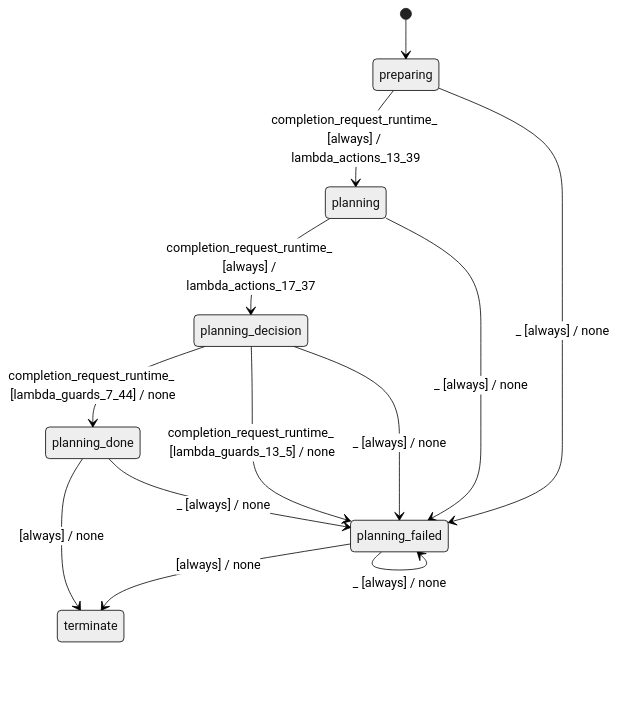
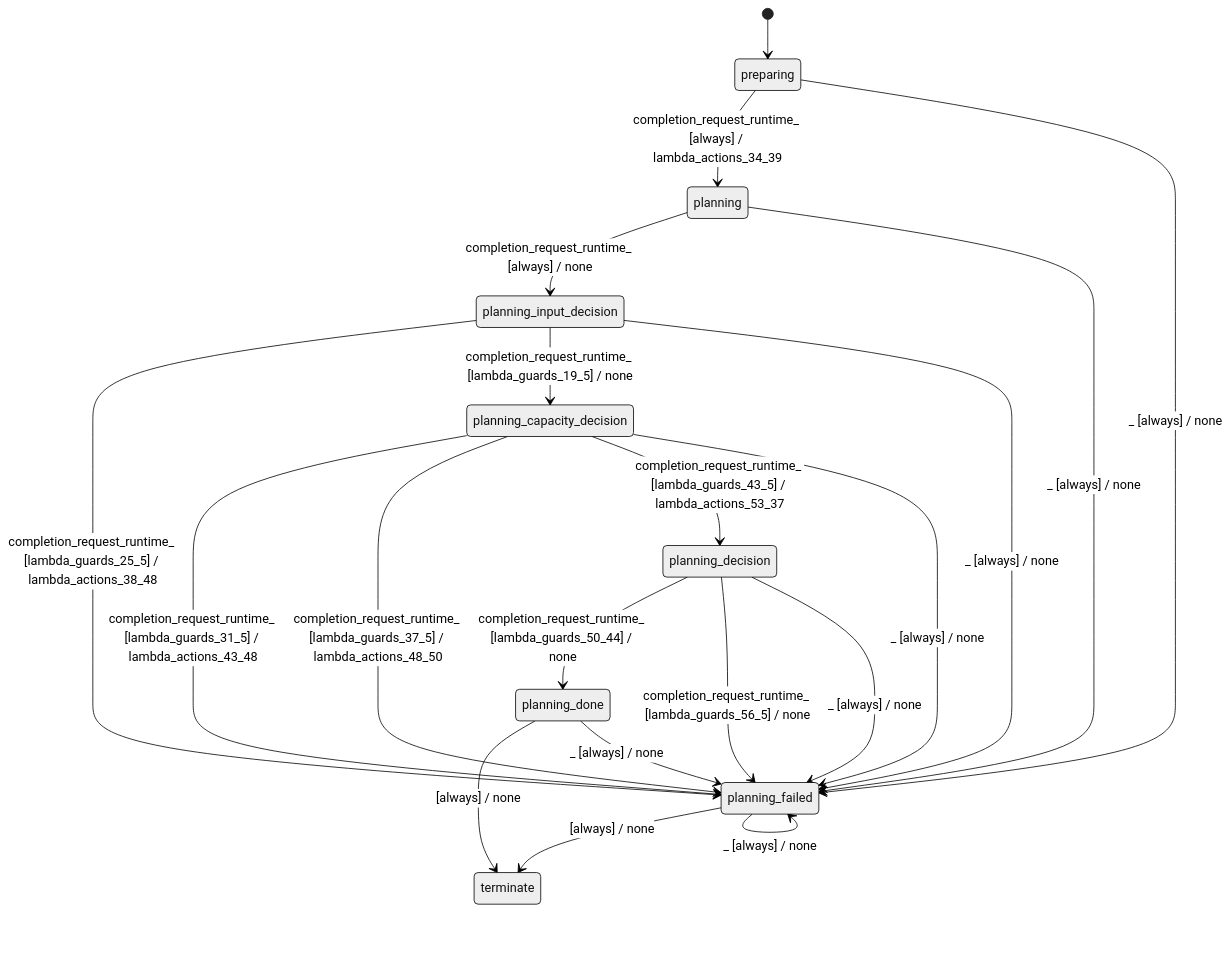
The diagram in docs/architecture/batch_planner_modes_simple.md (stateforward/emel.cpp), drawn with Mermaid (neutral theme) before and after one commit. The commit also changed other lines of this file and 104 other files, not shown here.

````diff
--- a/docs/architecture/batch_planner_modes_simple.md
+++ b/docs/architecture/batch_planner_modes_simple.md
@@ -7,16 +7,23 @@
 ```mermaid
 stateDiagram-v2
   direction TB
   [*] --> preparing
-  preparing --> planning : completion_request_runtime_ [always] / lambda_actions_13_39
-  planning --> planning_decision : completion_request_runtime_ [always] / lambda_actions_17_37
-  planning_decision --> planning_done : completion_request_runtime_ [lambda_guards_7_44] / none
-  planning_decision --> planning_failed : completion_request_runtime_ [lambda_guards_13_5] / none
+  preparing --> planning : completion_request_runtime_ [always] / lambda_actions_34_39
+  planning --> planning_input_decision : completion_request_runtime_ [always] / none
+  planning_input_decision --> planning_failed : completion_request_runtime_ [lambda_guards_25_5] / lambda_actions_38_48
+  planning_input_decision --> planning_capacity_decision : completion_request_runtime_ [lambda_guards_19_5] / none
+  planning_capacity_decision --> planning_failed : completion_request_runtime_ [lambda_guards_31_5] / lambda_actions_43_48
+  planning_capacity_decision --> planning_failed : completion_request_runtime_ [lambda_guards_37_5] / lambda_actions_48_50
+  planning_capacity_decision --> planning_decision : completion_request_runtime_ [lambda_guards_43_5] / lambda_actions_53_37
+  planning_decision --> planning_done : completion_request_runtime_ [lambda_guards_50_44] / none
+  planning_decision --> planning_failed : completion_request_runtime_ [lambda_guards_56_5] / none
   planning_done --> terminate : [always] / none
   planning_failed --> terminate : [always] / none
   planning_done --> planning_failed : _ [always] / none
   planning_failed --> planning_failed : _ [always] / none
   preparing --> planning_failed : _ [always] / none
   planning --> planning_failed : _ [always] / none
+  planning_input_decision --> planning_failed : _ [always] / none
+  planning_capacity_decision --> planning_failed : _ [always] / none
   planning_decision --> planning_failed : _ [always] / none
 ```
````
